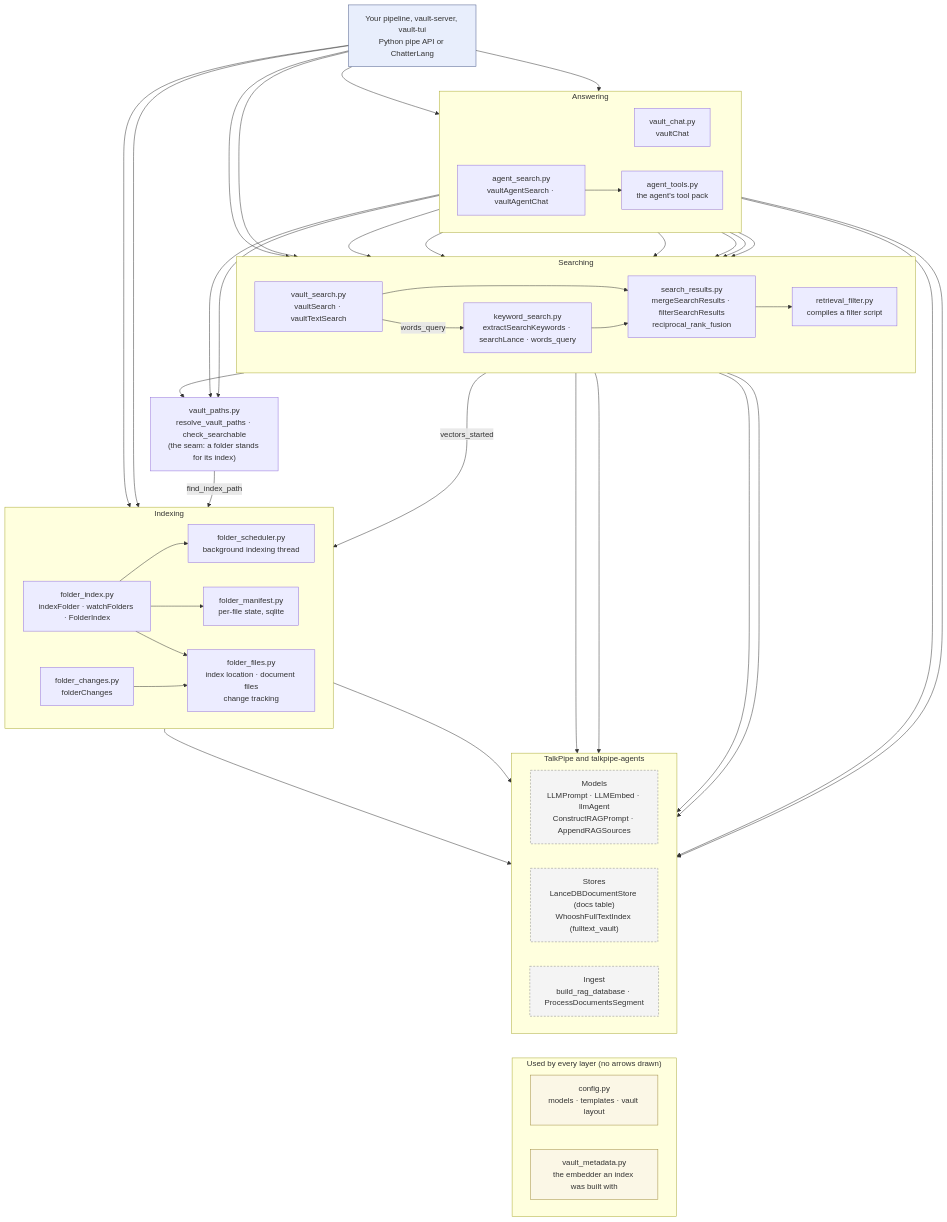
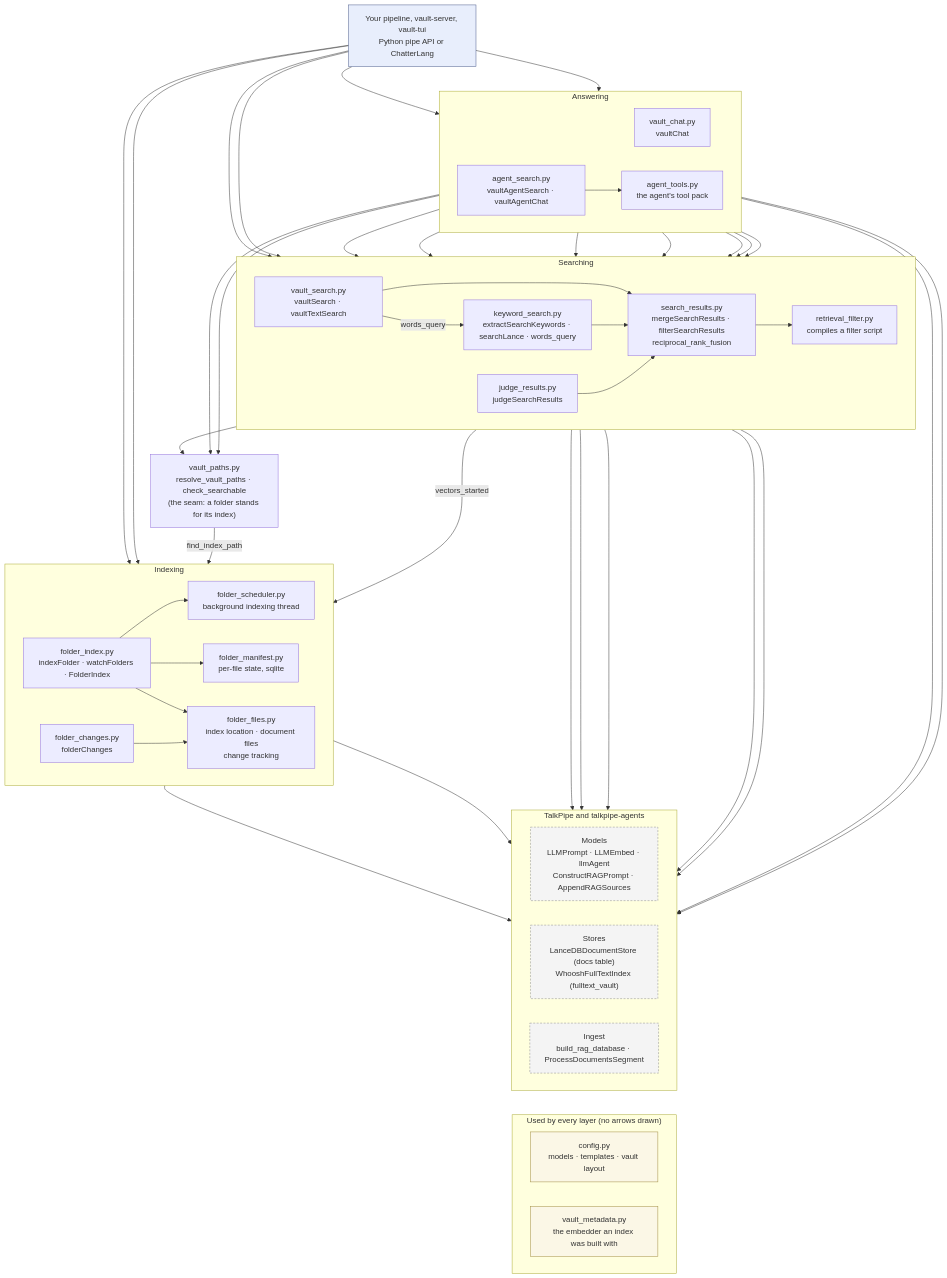
The diagram in docs/DEVELOPER_GUIDE.md (sandialabs/talkpipe-vault), drawn with Mermaid before and after one commit. The commit also changed other lines of this file and 12 other files, not shown here.

````diff
--- a/docs/DEVELOPER_GUIDE.md
+++ b/docs/DEVELOPER_GUIDE.md
@@ -78,73 +79,75 @@
 ```mermaid
 flowchart TB
     classDef app fill:#e8eefc,stroke:#4a5a8a
     classDef lib fill:#f4f4f4,stroke:#8a8a8a,stroke-dasharray: 4 3
     classDef util fill:#fbf7e6,stroke:#a08c40
 
     CALLER["Your pipeline, vault-server, vault-tui<br/>Python pipe API or ChatterLang"]:::app
 
     subgraph answering["Answering"]
         direction LR
         CHAT["vault_chat.py<br/>vaultChat"]
         AGENT["agent_search.py<br/>vaultAgentSearch · vaultAgentChat"]
         TOOLS["agent_tools.py<br/>the agent's tool pack"]
     end
 
     subgraph searching["Searching"]
         direction LR
         VS["vault_search.py<br/>vaultSearch · vaultTextSearch"]
         KW["keyword_search.py<br/>extractSearchKeywords · searchLance · words_query"]
+        JR["judge_results.py<br/>judgeSearchResults"]
         SR["search_results.py<br/>mergeSearchResults · filterSearchResults<br/>reciprocal_rank_fusion"]
         RF["retrieval_filter.py<br/>compiles a filter script"]
     end
 
     VP["vault_paths.py<br/>resolve_vault_paths · check_searchable<br/>(the seam: a folder stands for its index)"]
 
     subgraph indexing["Indexing"]
         direction LR
         FI["folder_index.py<br/>indexFolder · watchFolders · FolderIndex"]
         FC["folder_changes.py<br/>folderChanges"]
         FS["folder_scheduler.py<br/>background indexing thread"]
         FM["folder_manifest.py<br/>per-file state, sqlite"]
         FF["folder_files.py<br/>index location · document files<br/>change tracking"]
     end
 
     subgraph shared["Used by every layer (no arrows drawn)"]
         direction LR
         CFG["config.py<br/>models · templates · vault layout"]:::util
         VM["vault_metadata.py<br/>the embedder an index was built with"]:::util
     end
 
     subgraph talkpipe["TalkPipe and talkpipe-agents"]
         direction LR
         MODELS["Models<br/>LLMPrompt · LLMEmbed · llmAgent<br/>ConstructRAGPrompt · AppendRAGSources"]:::lib
         STORES["Stores<br/>LanceDBDocumentStore (docs table)<br/>WhooshFullTextIndex (fulltext_vault)"]:::lib
         INGEST["Ingest<br/>build_rag_database · ProcessDocumentsSegment"]:::lib
     end
 
     CALLER --> CHAT & AGENT & VS & SR & FI & FC
 
     CHAT --> VS & KW & SR
-    AGENT --> TOOLS & VS & KW
+    AGENT --> TOOLS & VS & KW & JR
     TOOLS --> SR
     CHAT & AGENT --> VP
     CHAT & AGENT --> MODELS
 
     VS --> SR
     VS -- words_query --> KW
     VS --> VP
     KW --> SR
+    JR --> SR
     SR --> RF
     VS -- vectors_started --> FI
-    VS & KW --> MODELS
+    VS & KW & JR --> MODELS
     VS & KW --> STORES
 
     VP -- find_index_path --> FI
 
     FI --> FS & FM & FF
     FC --> FF
     FI --> STORES & INGEST
 
     MODELS ~~~ CFG
     STORES ~~~ VM
 ```
````
